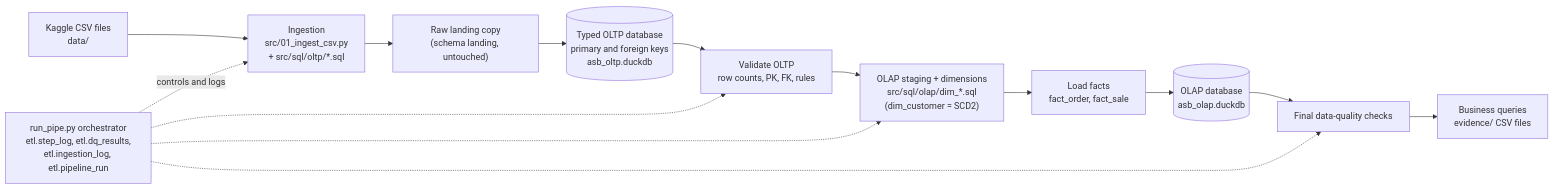
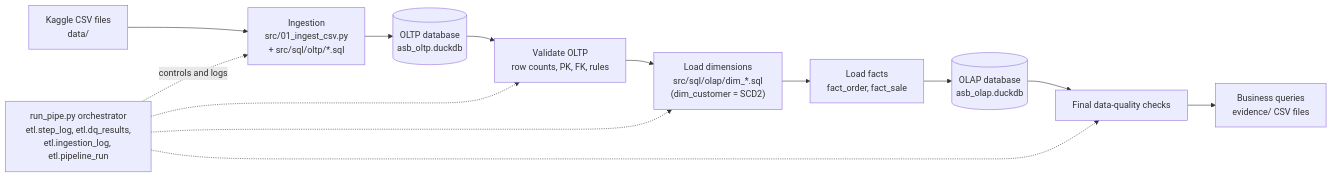
Before and after one commit to theoverseeer/WWI-Data-Pipeline: the first of 3 diagrams in README.md, drawn with Mermaid. The commit also changed other lines of this file and 72 other files, not shown here.

````diff
--- a/README.md
+++ b/README.md
@@ -67,16 +67,15 @@
 ```mermaid
 flowchart LR
     A["Kaggle CSV files<br/>data/"] --> B["Ingestion<br/>src/01_ingest_csv.py<br/>+ src/sql/oltp/*.sql"]
-    B --> L["Raw landing copy<br/>(schema landing, untouched)"]
-    L --> C[("Typed OLTP database<br/>primary and foreign keys<br/>asb_oltp.duckdb")]
+    B --> C[("OLTP database<br/>asb_oltp.duckdb")]
     C --> D["Validate OLTP<br/>row counts, PK, FK, rules"]
-    D --> E["OLAP staging + dimensions<br/>src/sql/olap/dim_*.sql<br/>(dim_customer = SCD2)"]
+    D --> E["Load dimensions<br/>src/sql/olap/dim_*.sql<br/>(dim_customer = SCD2)"]
     E --> F["Load facts<br/>fact_order, fact_sale"]
     F --> G[("OLAP database<br/>asb_olap.duckdb")]
     G --> H["Final data-quality checks"]
     H --> I["Business queries<br/>evidence/ CSV files"]
     J["run_pipe.py orchestrator<br/>etl.step_log, etl.dq_results,<br/>etl.ingestion_log, etl.pipeline_run"] -.controls and logs.-> B
     J -.-> D
     J -.-> E
     J -.-> H
 ```
````
